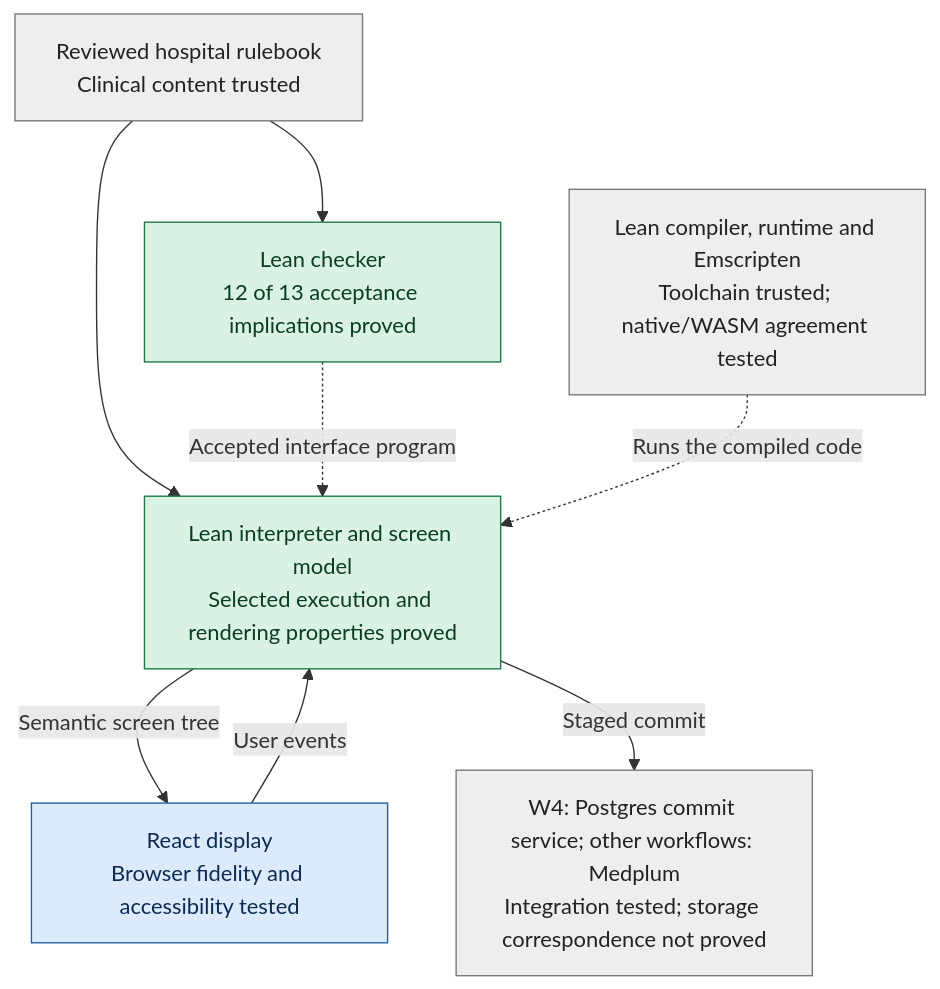
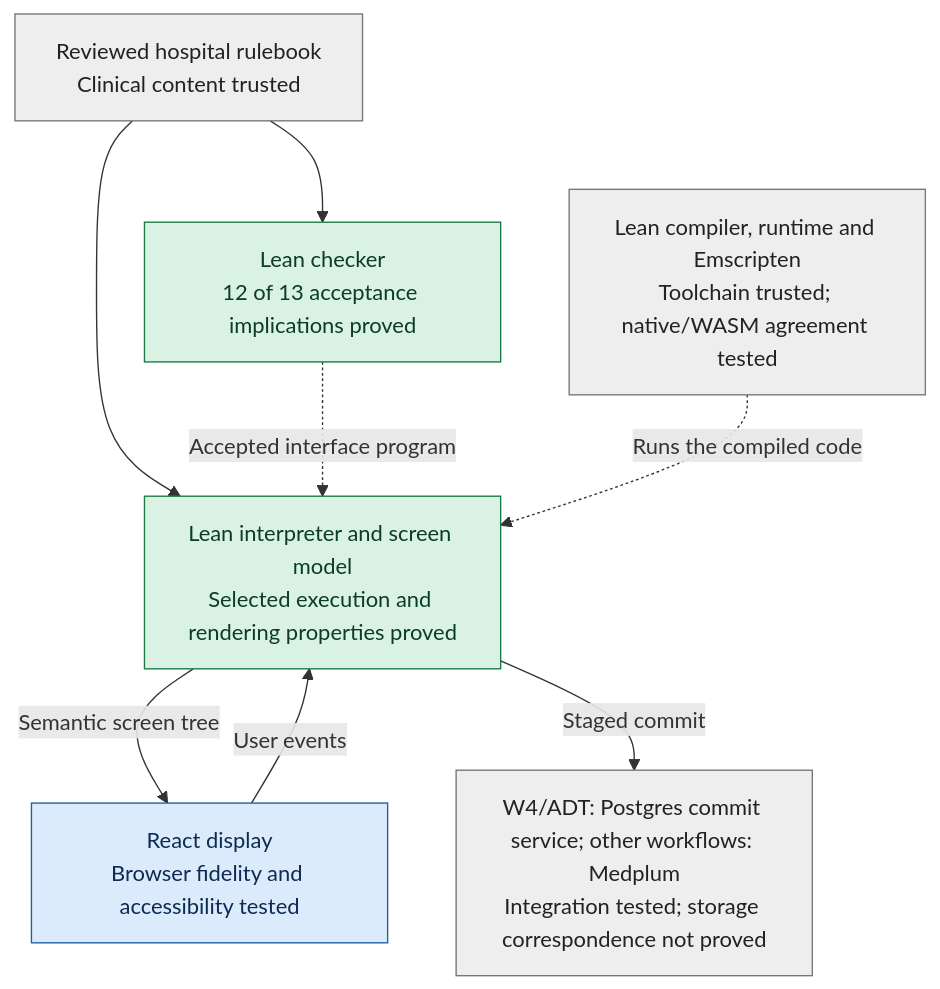
One commit to saithat/VGI-Health changed the third of 6 diagrams in README.md. Above: the diagram before and after it, drawn with Mermaid. The commit also changed other lines of this file and 31 other files, not shown here.

First line of the commit message:
Bed management and ADT on the commit service

````diff
--- a/README.md
+++ b/README.md
@@ -163,21 +165,21 @@
 ```mermaid
 flowchart TB
   classDef proved fill:#d9f2e3,stroke:#1b7a43,color:#0b3d22
   classDef checked fill:#dcebfb,stroke:#1f5fa8,color:#0d2b52
   classDef trusted fill:#eeeeee,stroke:#777,color:#222
 
   R["Reviewed hospital rulebook<br/>Clinical content trusted"]:::trusted
   C["Lean checker<br/>12 of 13 acceptance implications proved"]:::proved
   W["Lean compiler, runtime and Emscripten<br/>Toolchain trusted; native/WASM agreement tested"]:::trusted
   I["Lean interpreter and screen model<br/>Selected execution and rendering properties proved"]:::proved
   B["React display<br/>Browser fidelity and accessibility tested"]:::checked
-  F["W4: Postgres commit service; other workflows: Medplum<br/>Integration tested; storage correspondence not proved"]:::trusted
+  F["W4/ADT: Postgres commit service; other workflows: Medplum<br/>Integration tested; storage correspondence not proved"]:::trusted
 
   R --> C
   R --> I
   C -. "Accepted interface program" .-> I
   W -. "Runs the compiled code" .-> I
   I -->|"Semantic screen tree"| B
   B -->|"User events"| I
   I -->|"Staged commit"| F
 ```
````
